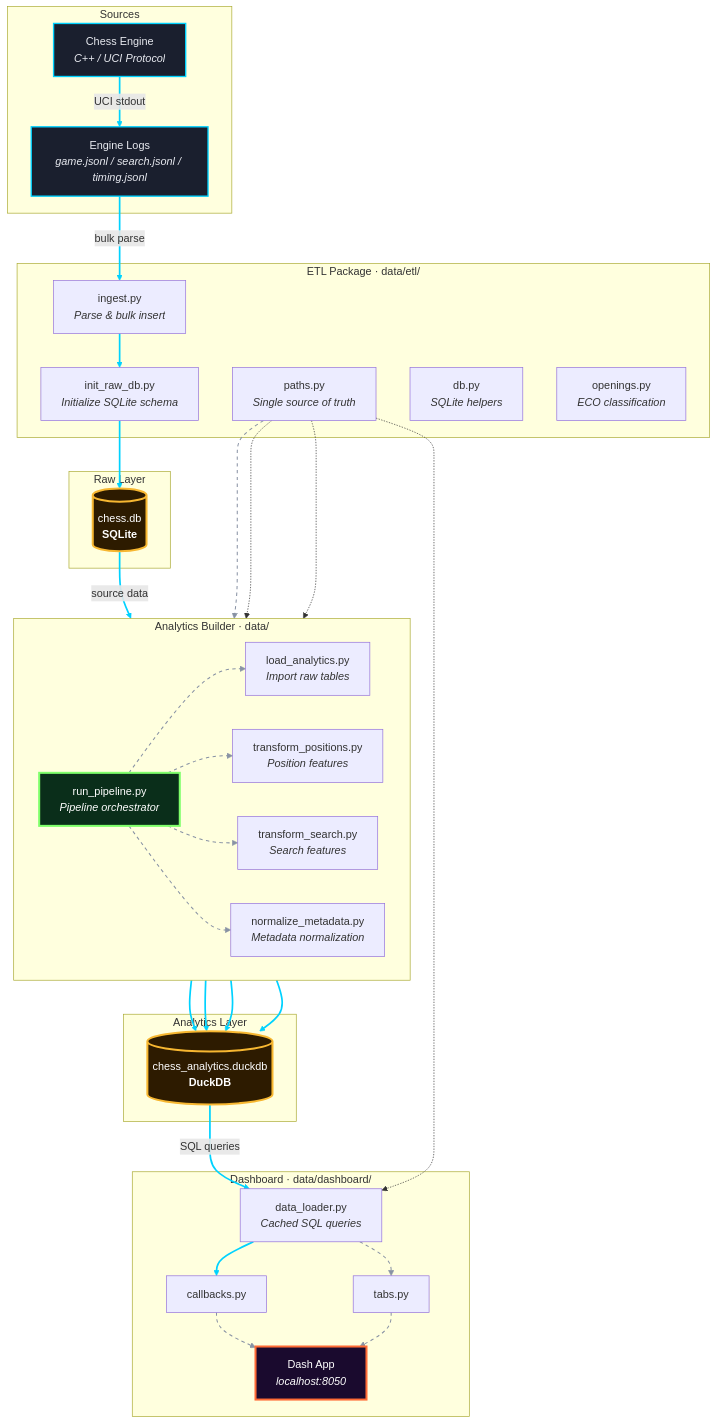
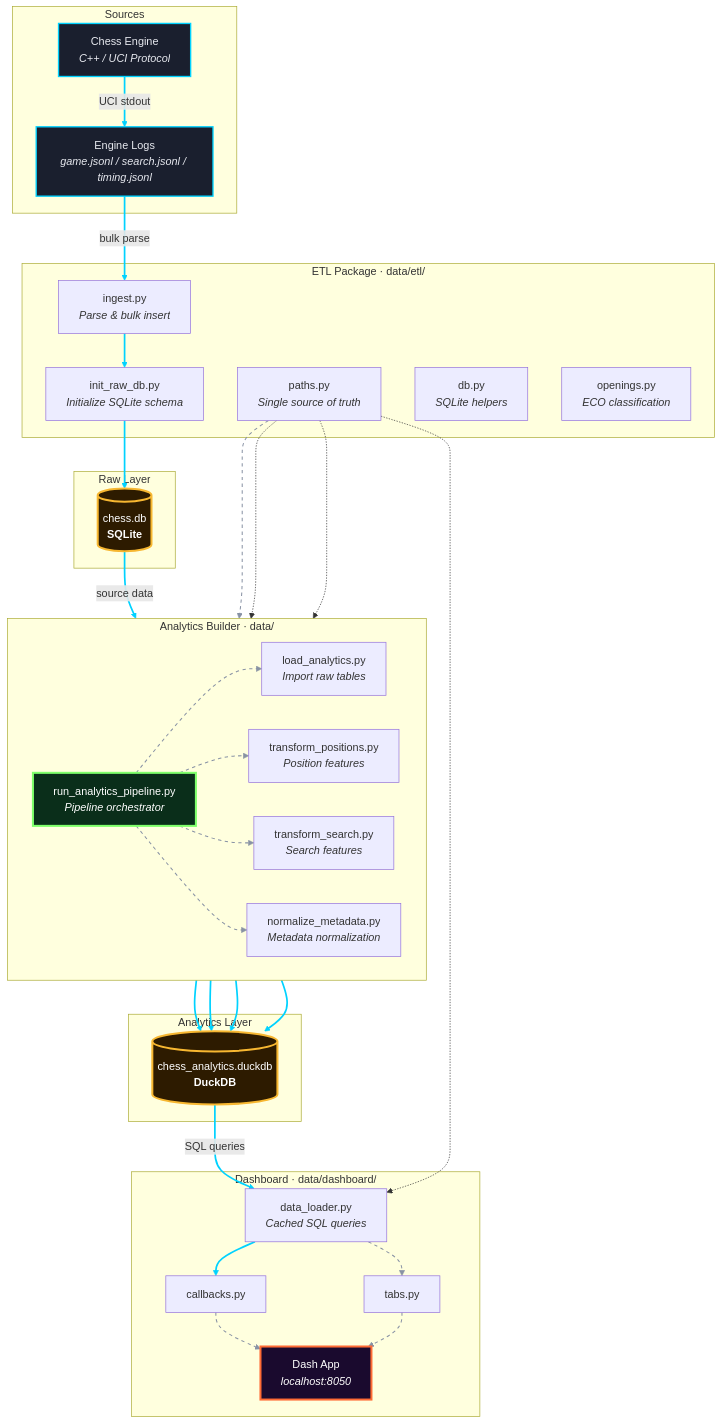
One commit to maxolek/chess changed the diagram in docs/data_architecture.md. Above: the diagram before and after it, drawn with Mermaid. The commit also changed 15 other files, not shown here.

```diff
--- a/docs/data_architecture.md
+++ b/docs/data_architecture.md
@@ -18,7 +18,7 @@
     end
 
     subgraph Builder["Analytics Builder · data/"]
-        RUN["run_pipeline.py<br/><i>Pipeline orchestrator</i>"]
+        RUN["run_analytics_pipeline.py<br/><i>Pipeline orchestrator</i>"]
 
         LOAD["load_analytics.py<br/><i>Import raw tables</i>"]
         TP["transform_positions.py<br/><i>Position features</i>"]
```
